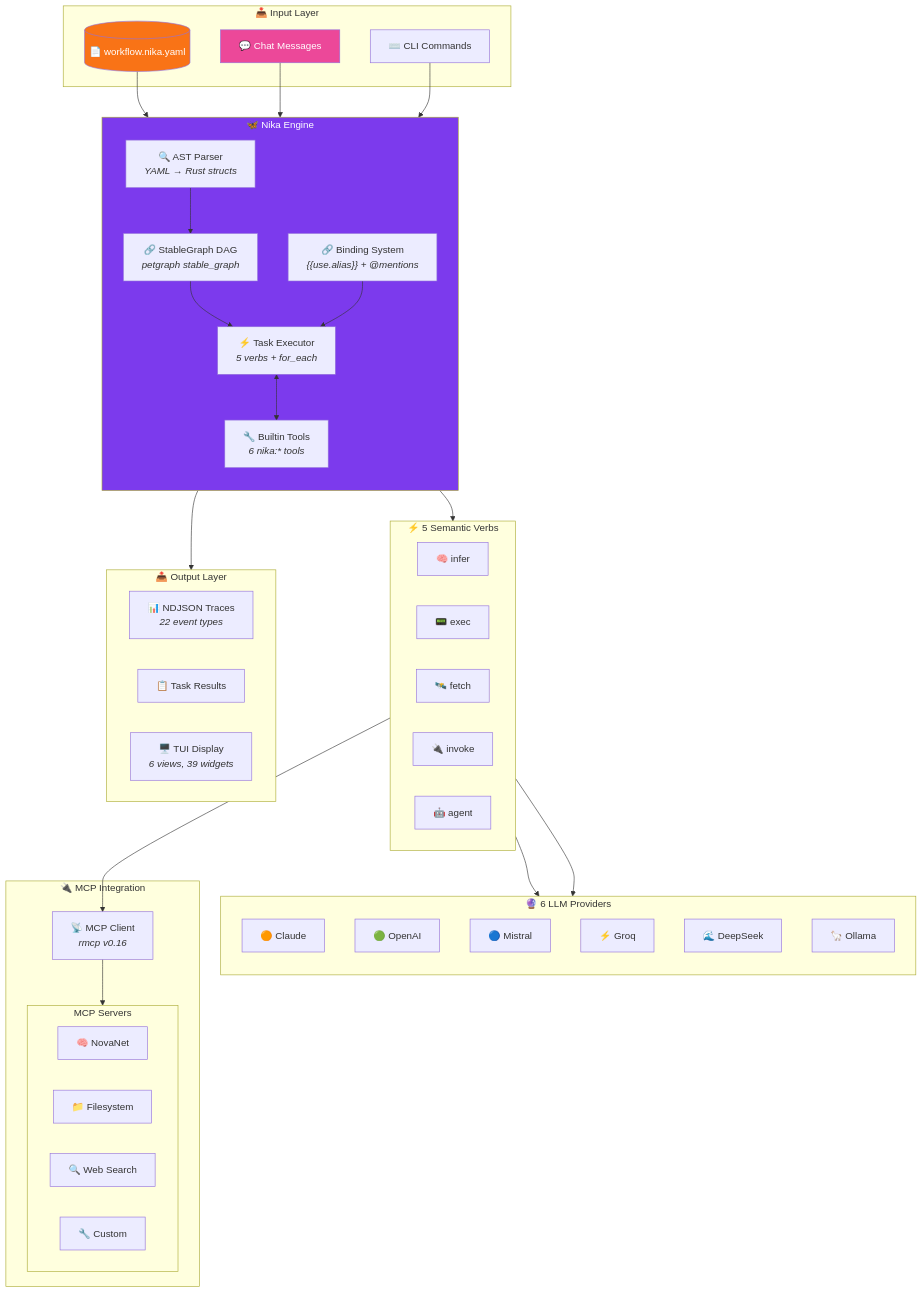
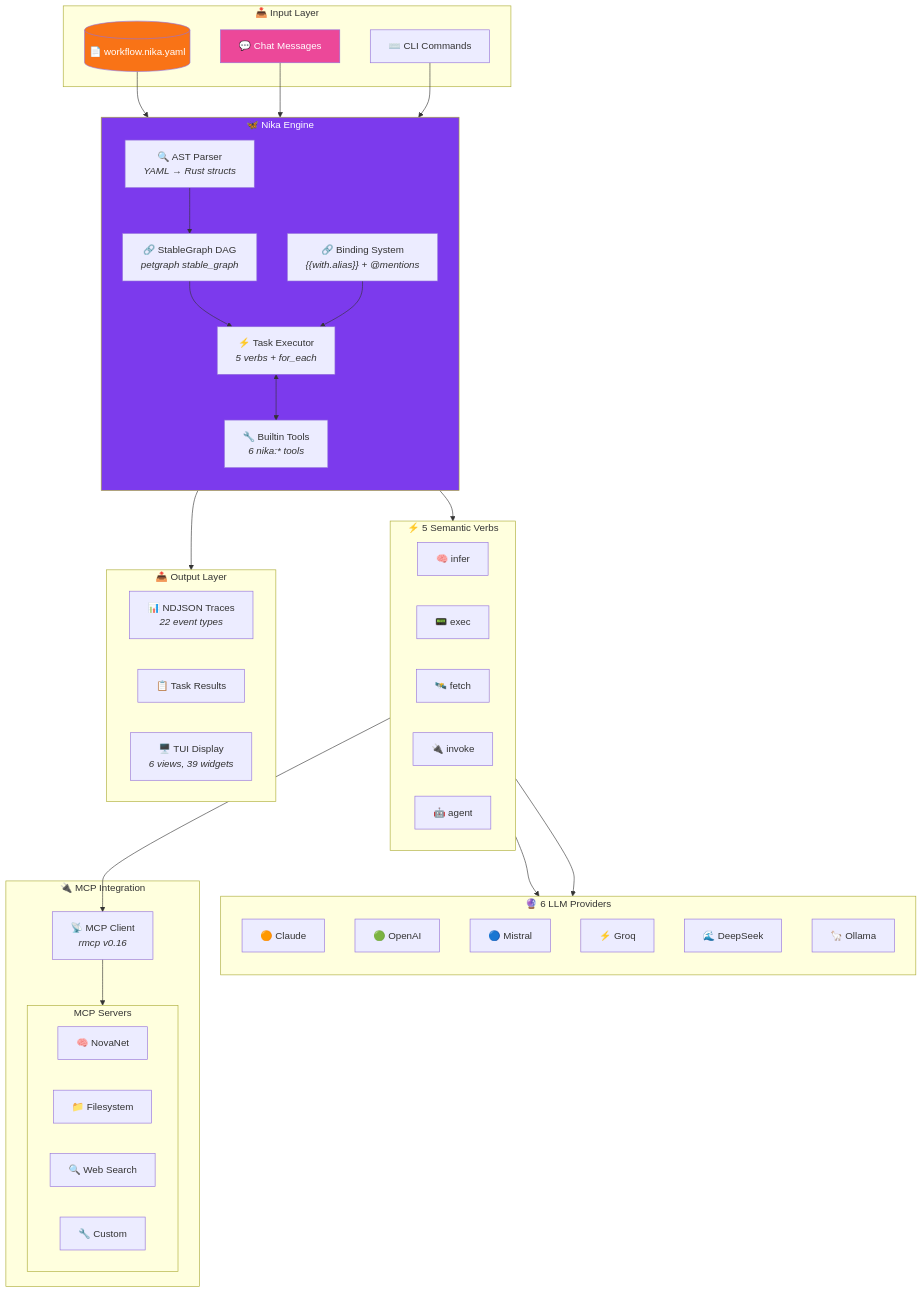
Before and after one commit to supernovae-st/nika: the fourth of 13 diagrams in README.md, drawn with Mermaid. The commit also changed other lines of this file, not shown here.

````diff
--- a/README.md
+++ b/README.md
@@ -486,71 +486,71 @@
 ```mermaid
 flowchart TB
     subgraph Input["📥 Input Layer"]
         YAML[("📄 workflow.nika.yaml")]
         Chat["💬 Chat Messages"]
         CLI["⌨️ CLI Commands"]
     end
 
     subgraph Core["🦋 Nika Engine"]
         direction TB
         Parser["🔍 AST Parser<br/><i>YAML → Rust structs</i>"]
         StableDag["🔗 StableGraph DAG<br/><i>petgraph stable_graph</i>"]
         Executor["⚡ Task Executor<br/><i>5 verbs + for_each</i>"]
         BuiltinTools["🔧 Builtin Tools<br/><i>6 nika:* tools</i>"]
-        Binding["🔗 Binding System<br/><i>{{use.alias}} + @mentions</i>"]
+        Binding["🔗 Binding System<br/><i>{{with.alias}} + @mentions</i>"]
 
         Parser --> StableDag
         StableDag --> Executor
         Executor <--> BuiltinTools
         Binding --> Executor
     end
 
     subgraph Verbs["⚡ 5 Semantic Verbs"]
         direction LR
         Infer["🧠 infer"]
         Exec["📟 exec"]
         Fetch["🛰️ fetch"]
         Invoke["🔌 invoke"]
         Agent["🤖 agent"]
     end
 
     subgraph Providers["🔮 6 LLM Providers"]
         direction TB
         Claude["🟠 Claude"]
         OpenAI["🟢 OpenAI"]
         Mistral["🔵 Mistral"]
         Groq["⚡ Groq"]
         DeepSeek["🌊 DeepSeek"]
         Ollama["🦙 Ollama"]
     end
 
     subgraph MCP["🔌 MCP Integration"]
         McpClient["📡 MCP Client<br/><i>rmcp v0.16</i>"]
         subgraph Servers["MCP Servers"]
             NovaNet["🧠 NovaNet"]
             Filesystem["📁 Filesystem"]
             WebSearch["🔍 Web Search"]
             Custom["🔧 Custom"]
         end
     end
 
     subgraph Output["📤 Output Layer"]
         Traces["📊 NDJSON Traces<br/><i>22 event types</i>"]
         Results["📋 Task Results"]
         TUI["🖥️ TUI Display<br/><i>6 views, 39 widgets</i>"]
     end
 
     YAML --> Parser
     Chat --> StableDag
     CLI --> Parser
     Executor --> Verbs
     Infer --> Providers
     Agent --> Providers
     Invoke --> McpClient
     McpClient --> Servers
     Executor --> Output
 
     style Core fill:#7c3aed,color:#fff
     style YAML fill:#f97316,color:#fff
     style Chat fill:#ec4899,color:#fff
 ```
````
